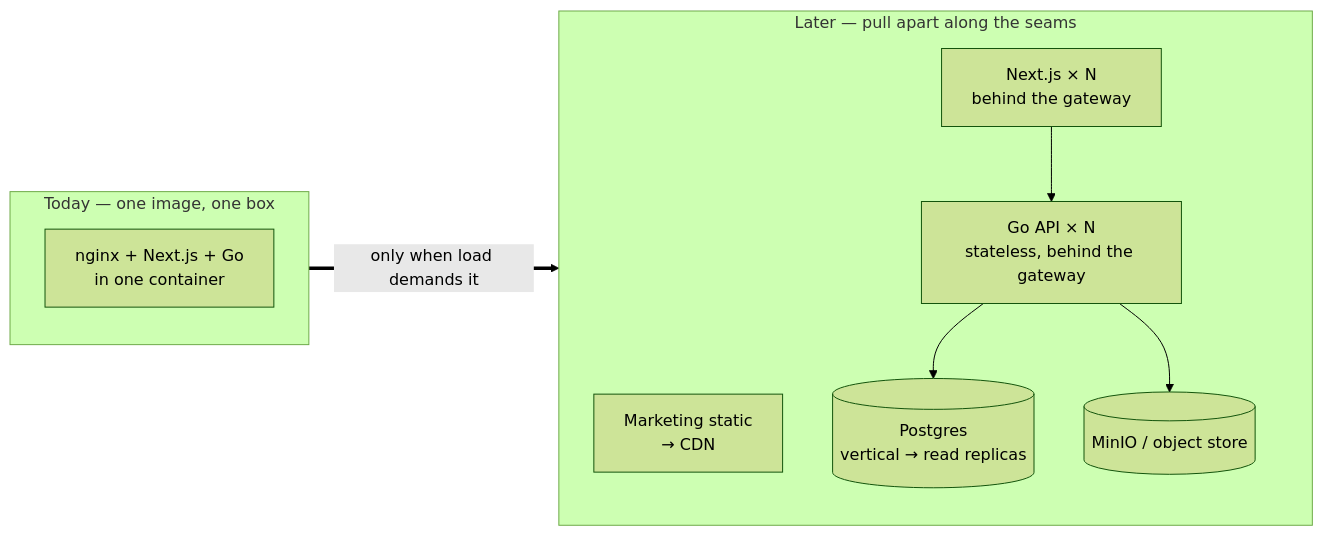
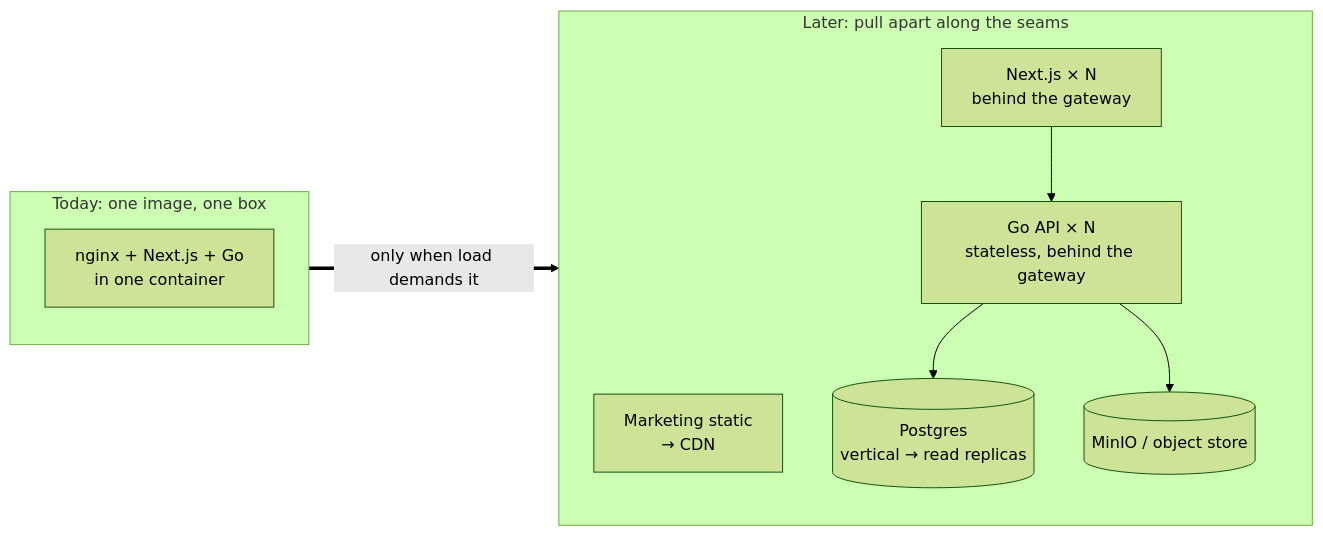
The fourth of 4 diagrams in logs/03-four-repos-one-product.md (pancudaniel7/simpletimesheeet-devlog), drawn with Mermaid (forest theme) before and after one commit. The commit also changed 3 other files, not shown here.

````diff
--- a/logs/03-four-repos-one-product.md
+++ b/logs/03-four-repos-one-product.md
@@ -77,18 +77,18 @@
 ```mermaid
 flowchart LR
-    subgraph Now["Today — one image, one box"]
+    subgraph Now["Today: one image, one box"]
         direction TB
         A1["nginx + Next.js + Go<br/>in one container"]
     end
-    subgraph Later["Later — pull apart along the seams"]
+    subgraph Later["Later: pull apart along the seams"]
         direction TB
         CDN["Marketing static<br/>→ CDN"]
         UIN["Next.js × N<br/>behind the gateway"]
         APIN["Go API × N<br/>stateless, behind the gateway"]
         DB[("Postgres<br/>vertical → read replicas")]
         OBJ[("MinIO / object store")]
         UIN --> APIN --> DB
         APIN --> OBJ
     end
     Now ==>|"only when load demands it"| Later
 ```
````
